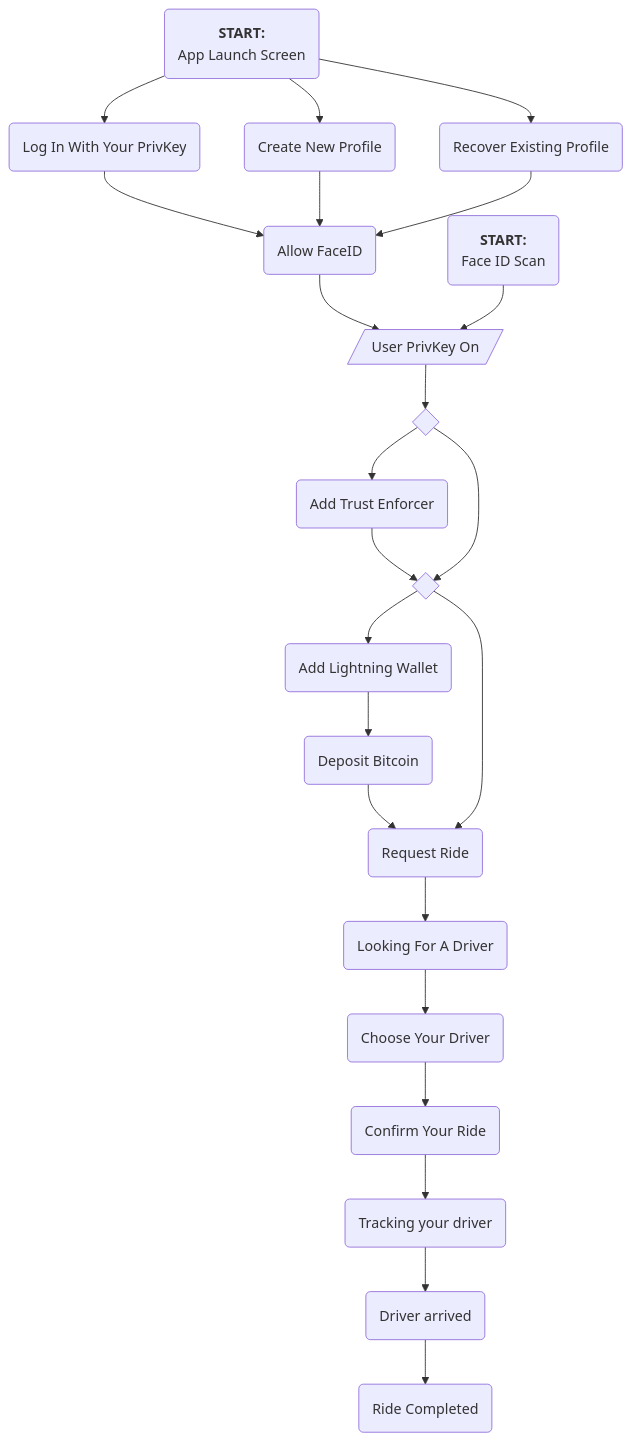
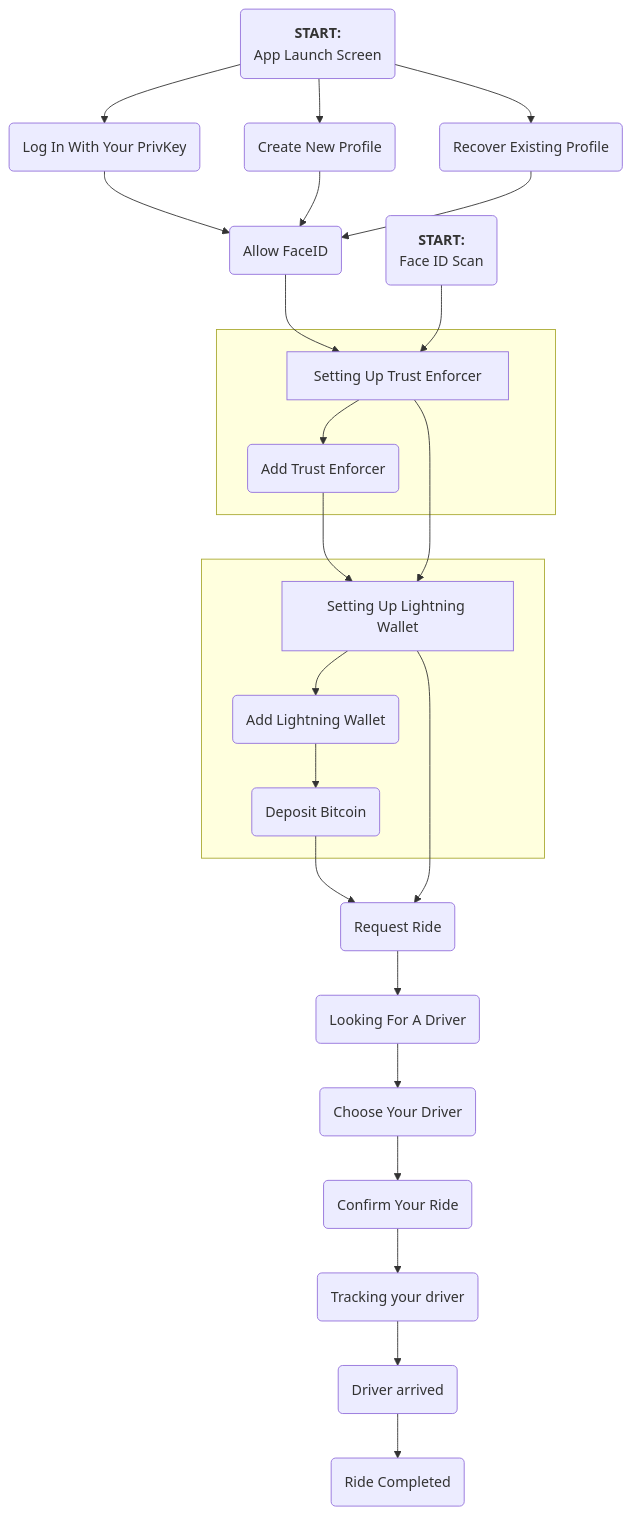
Before and after one commit to DontTrustVerifyOrg/gig-gossip: the diagram in net/NGigGossip4Nostr/UIFlow.md, drawn with Mermaid. The commit also changed 4 other files, not shown here.

````diff
--- a/net/NGigGossip4Nostr/UIFlow.md
+++ b/net/NGigGossip4Nostr/UIFlow.md
@@ -3,46 +3,48 @@
 ```mermaid
 flowchart TD
     APPL("`**START:**
     App Launch Screen`")
     FACEID("`**START:** 
     Face ID Scan`")
     LWYPK(Log In With Your PrivKey)
     CNP(Create New Profile)
     REP(Recover Existing Profile)
     AFID(Allow FaceID)
-    UPKSET[/User PrivKey On/]
+    subgraph " "
+        UPKSET[Setting Up Trust Enforcer]
+        ADDTE(Add Trust Enforcer)
+    end
     APPL-->LWYPK
     APPL-->CNP
     APPL-->REP
     LWYPK-->AFID
     CNP-->AFID
     REP-->AFID
     AFID-->UPKSET
     FACEID-->UPKSET
-    ADDTE(Add Trust Enforcer)
-    ADDLW(Add Lightning Wallet)
-    DEPBTC(Deposit Bitcoin)
+    subgraph " "
+        C3[Setting Up Lightning Wallet]
+        ADDLW(Add Lightning Wallet)
+        DEPBTC(Deposit Bitcoin)
+    end
     REQRD(Request Ride)
     LFDR(Looking For A Driver)
     CYDR(Choose Your Driver)
     CODR(Confirm Your Ride)
     TYDR(Tracking your driver)
     DRAR(Driver arrived)
     RDCO(Ride Completed)
-    C2{ }
-    C3{ }
-    UPKSET-->C2
-    C2-->ADDTE
+    UPKSET-->ADDTE
     ADDTE-->C3
     C3-->ADDLW
-    C2-->C3
+    UPKSET-->C3
     ADDLW-->DEPBTC
     DEPBTC-->REQRD
     C3-->REQRD
     REQRD-->LFDR
     LFDR-->CYDR
     CYDR-->CODR
     CODR-->TYDR
     TYDR-->DRAR
     DRAR-->RDCO
 ```
````
